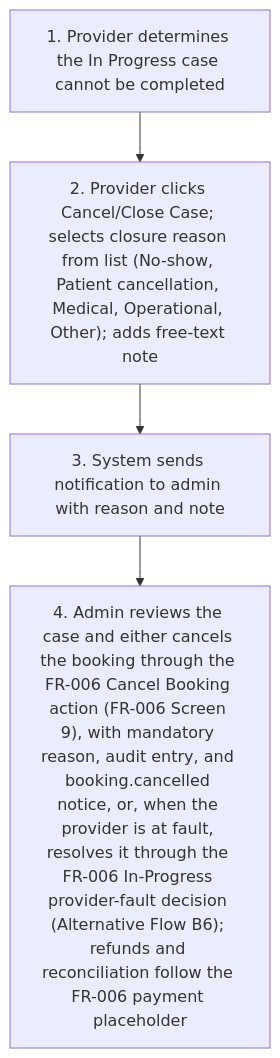
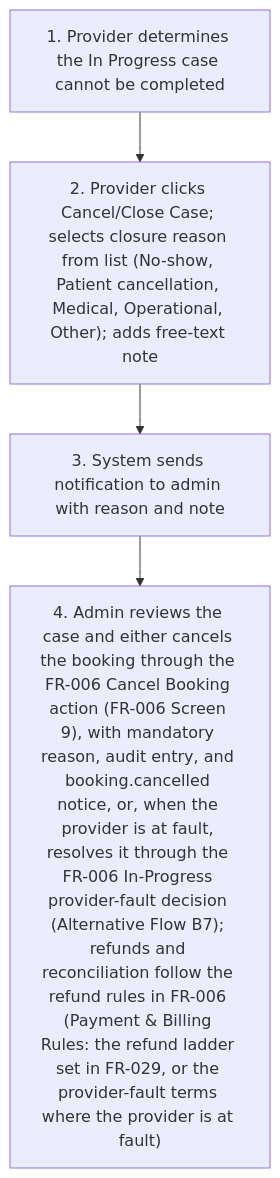
One commit to joachimtrungtuan/hairline-pm-docs changed the seventh of 9 diagrams in project-requirements/functional-requirements/fr010-treatment-execution/prd.md. Above: the diagram before and after it, drawn with Mermaid. The commit also changed other lines of this file and 10 other files, not shown here.

Commit message:
docs(requirements): replace stale payment placeholder pointers with the stated refund rules

````diff
--- a/project-requirements/functional-requirements/fr010-treatment-execution/prd.md
+++ b/project-requirements/functional-requirements/fr010-treatment-execution/prd.md
@@ -213,7 +213,7 @@
 ```mermaid
 flowchart TD
   B4S1["1. Provider determines the In Progress case cannot be completed"] --> B4S2
   B4S2["2. Provider clicks Cancel/Close Case; selects closure reason from list (No-show, Patient cancellation, Medical, Operational, Other); adds free-text note"] --> B4S3
   B4S3["3. System sends notification to admin with reason and note"] --> B4S4
-  B4S4["4. Admin reviews the case and either cancels the booking through the FR-006 Cancel Booking action (FR-006 Screen 9), with mandatory reason, audit entry, and booking.cancelled notice, or, when the provider is at fault, resolves it through the FR-006 In-Progress provider-fault decision (Alternative Flow B6); refunds and reconciliation follow the FR-006 payment placeholder"]
+  B4S4["4. Admin reviews the case and either cancels the booking through the FR-006 Cancel Booking action (FR-006 Screen 9), with mandatory reason, audit entry, and booking.cancelled notice, or, when the provider is at fault, resolves it through the FR-006 In-Progress provider-fault decision (Alternative Flow B7); refunds and reconciliation follow the refund rules in FR-006 (Payment & Billing Rules: the refund ladder set in FR-029, or the provider-fault terms where the provider is at fault)"]
 ```
````
